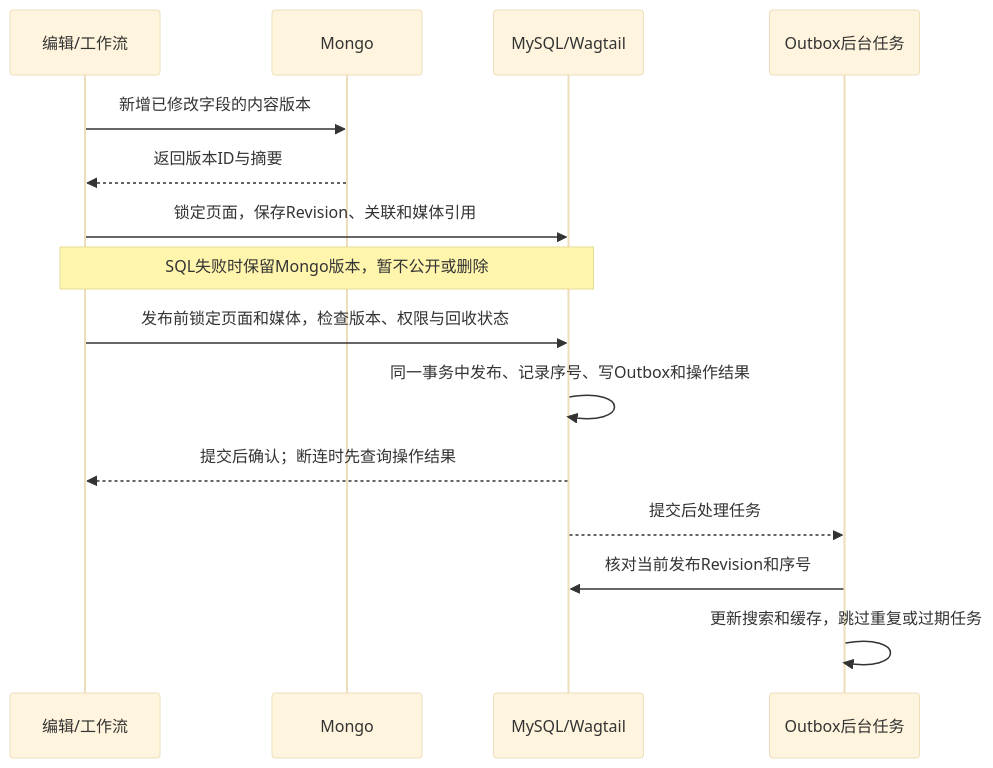
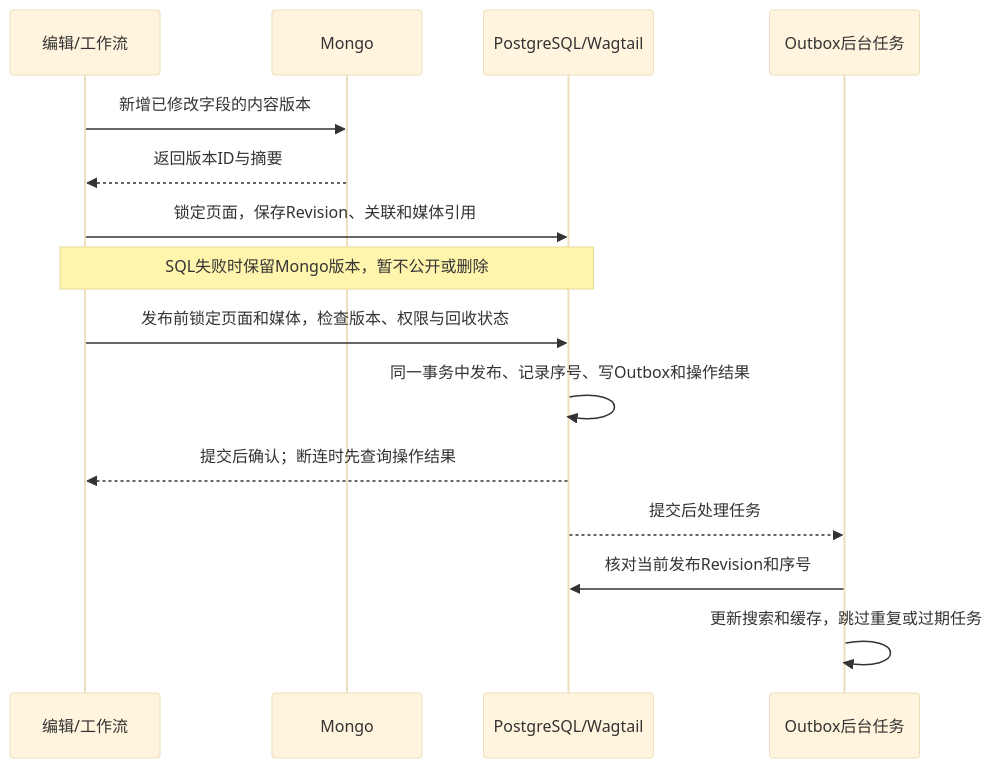
The second of 3 diagrams in 说明书/myblog_第一阶段技术方案_v1.0.md (anc1996/myblog), drawn with Mermaid (base theme) before and after one commit. The commit also changed other lines of this file and 11 other files, not shown here.

Commit message:
docs: prepare architecture review package

````diff
--- a/说明书/myblog_第一阶段技术方案_v1.0.md
+++ b/说明书/myblog_第一阶段技术方案_v1.0.md
@@ -240,17 +299,17 @@
 ```mermaid
 sequenceDiagram
   participant E as 编辑/工作流
   participant M as Mongo
-  participant S as MySQL/Wagtail
+  participant S as PostgreSQL/Wagtail
   participant O as Outbox后台任务
   E->>M: 新增已修改字段的内容版本
   M-->>E: 返回版本ID与摘要
   E->>S: 锁定页面，保存Revision、关联和媒体引用
   Note over E,S: SQL失败时保留Mongo版本，暂不公开或删除
   E->>S: 发布前锁定页面和媒体，检查版本、权限与回收状态
   S->>S: 同一事务中发布、记录序号、写Outbox和操作结果
   S-->>E: 提交后确认；断连时先查询操作结果
   S-->>O: 提交后处理任务
   O->>S: 核对当前发布Revision和序号
   O->>O: 更新搜索和缓存，跳过重复或过期任务
 ```
````
